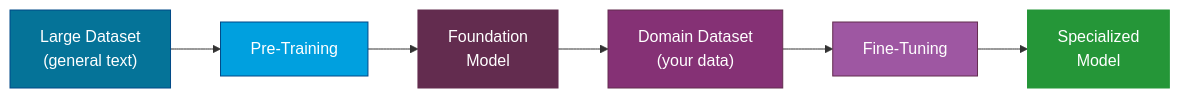
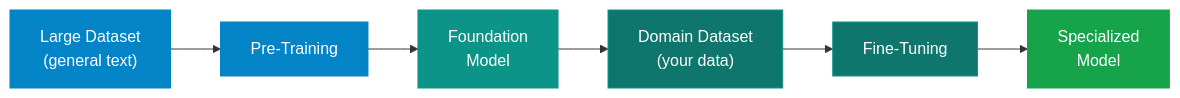
Before and after one commit to nitin27may/ai-resources: the second of 2 diagrams in docs/concepts/fine-tuning-and-training.md, drawn with Mermaid. The commit also changed other lines of this file and 84 other files, not shown here.

````diff
--- a/docs/concepts/fine-tuning-and-training.md
+++ b/docs/concepts/fine-tuning-and-training.md
@@ -145,15 +150,15 @@
 ```mermaid
 graph LR
-    A["Large Dataset\n(general text)"] --> B["Pre-Training"]
-    B --> C["Foundation\nModel"]
-    C --> D["Domain Dataset\n(your data)"]
+    A["Large Dataset<br/>(general text)"] --> B["Pre-Training"]
+    B --> C["Foundation<br/>Model"]
+    C --> D["Domain Dataset<br/>(your data)"]
     D --> E["Fine-Tuning"]
-    E --> F["Specialized\nModel"]
+    E --> F["Specialized<br/>Model"]
 
-    style A fill:#057398,stroke:#004987,color:#fff
-    style B fill:#00A0DF,stroke:#004987,color:#fff
-    style C fill:#632C4F,stroke:#632C4F,color:#fff
-    style D fill:#853175,stroke:#632C4F,color:#fff
-    style E fill:#9E57A2,stroke:#632C4F,color:#fff
-    style F fill:#259638,stroke:#259638,color:#fff
+    style A fill:#0284c7,stroke:#0284c7,color:#fff
+    style B fill:#0284c7,stroke:#0284c7,color:#fff
+    style C fill:#0d9488,stroke:#0d9488,color:#fff
+    style D fill:#0f766e,stroke:#0d9488,color:#fff
+    style E fill:#0f766e,stroke:#0d9488,color:#fff
+    style F fill:#16a34a,stroke:#16a34a,color:#fff
 ```
````
